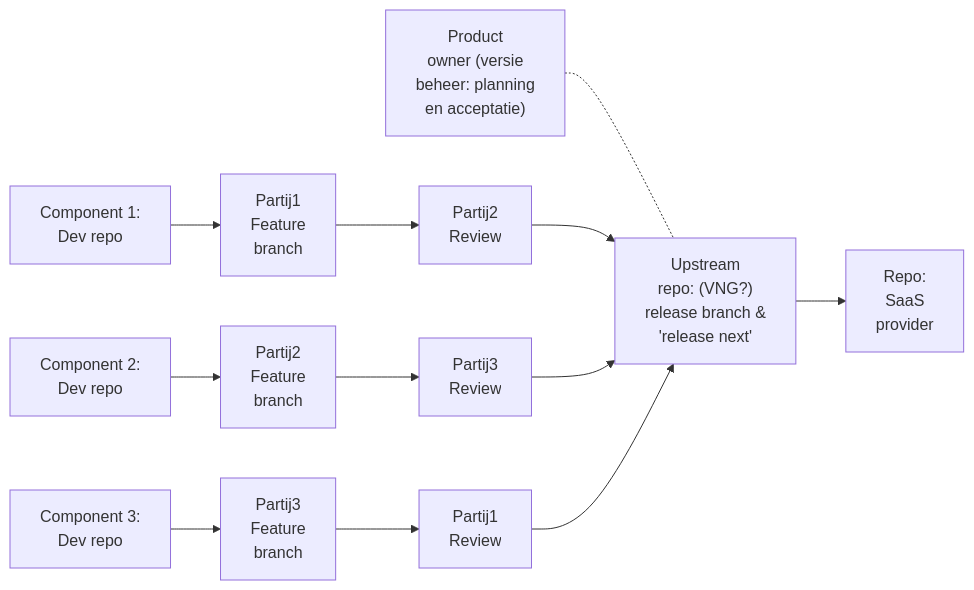
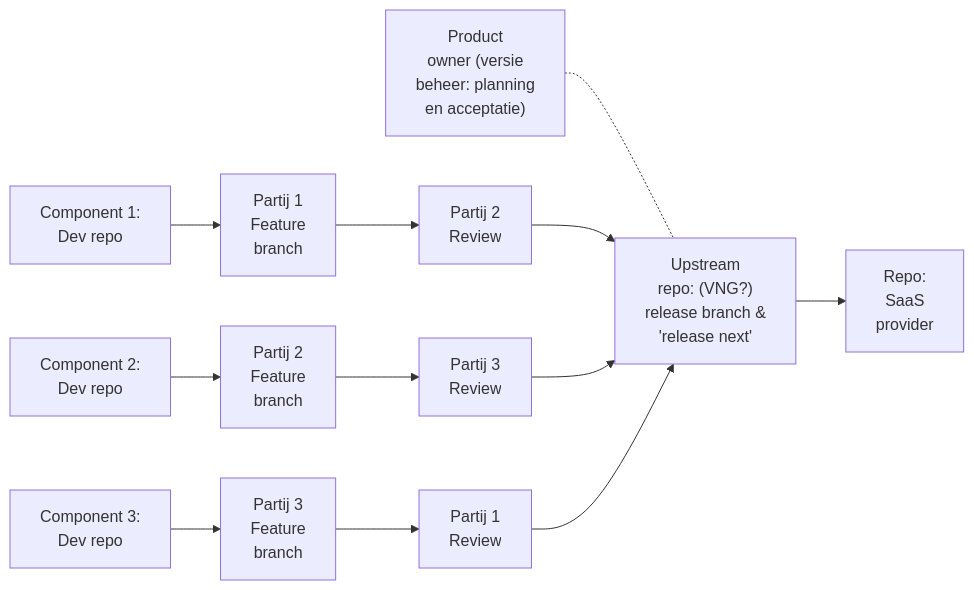
One commit to open-zaak/samenwerken changed the third of 3 diagrams in docs/verslag-ecosysteem-en-rollen.md. Above: the diagram before and after it, drawn with Mermaid. The commit also changed other lines of this file and 2 other files, not shown here.

````diff
--- a/docs/verslag-ecosysteem-en-rollen.md
+++ b/docs/verslag-ecosysteem-en-rollen.md
@@ -198,49 +218,49 @@
 ```mermaid
 graph LR
     %% Nodes
     
     %% Left Side: Components
     Dev1["Component 1:<br/>Dev repo"]
     Dev2["Component 2:<br/>Dev repo"]
     Dev3["Component 3:<br/>Dev repo"]
 
     %% Reviews
-    1FeatP1["Partij1<br/>Feature<br/>branch"]
-    1ReviewP2["Partij2<br/>Review"]
+    1FeatP1["Partij 1<br/>Feature<br/>branch"]
+    1ReviewP2["Partij 2<br/>Review"]
 
-    2FeatP2["Partij2<br/>Feature<br/>branch"]
-    2ReviewP3["Partij3<br/>Review"]
+    2FeatP2["Partij 2<br/>Feature<br/>branch"]
+    2ReviewP3["Partij 3<br/>Review"]
 
-    3FeatP3["Partij3<br/>Feature<br/>branch"]
-    3ReviewP1["Partij1<br/>Review"]
+    3FeatP3["Partij 3<br/>Feature<br/>branch"]
+    3ReviewP1["Partij 1<br/>Review"]
 
     %% Center: Upstream & Management
     Upstream["Upstream<br/>repo: (VNG?)<br/>release branch &<br/>'release next'"]
     PO["Product<br/>owner (versie<br/>beheer: planning<br/>en acceptatie)"]
 
     %% Right Side: SaaS
     SaaS["Repo:<br/>SaaS<br/>provider"]
 
     %% Connections
     
     %% PO Logic (dotted line for oversight)
     PO -.- Upstream
 
     %% Component 1
     Dev1 --> 1FeatP1
     1FeatP1 --> 1ReviewP2
     1ReviewP2 --> Upstream
 
     %% Component 2
     Dev2 --> 2FeatP2
     2FeatP2 --> 2ReviewP3
     2ReviewP3 --> Upstream
 
     %% Component 3
     Dev3 --> 3FeatP3
     3FeatP3 --> 3ReviewP1
     3ReviewP1 --> Upstream
 
     %% Downstream / Release
     Upstream --> SaaS
 ```
````
